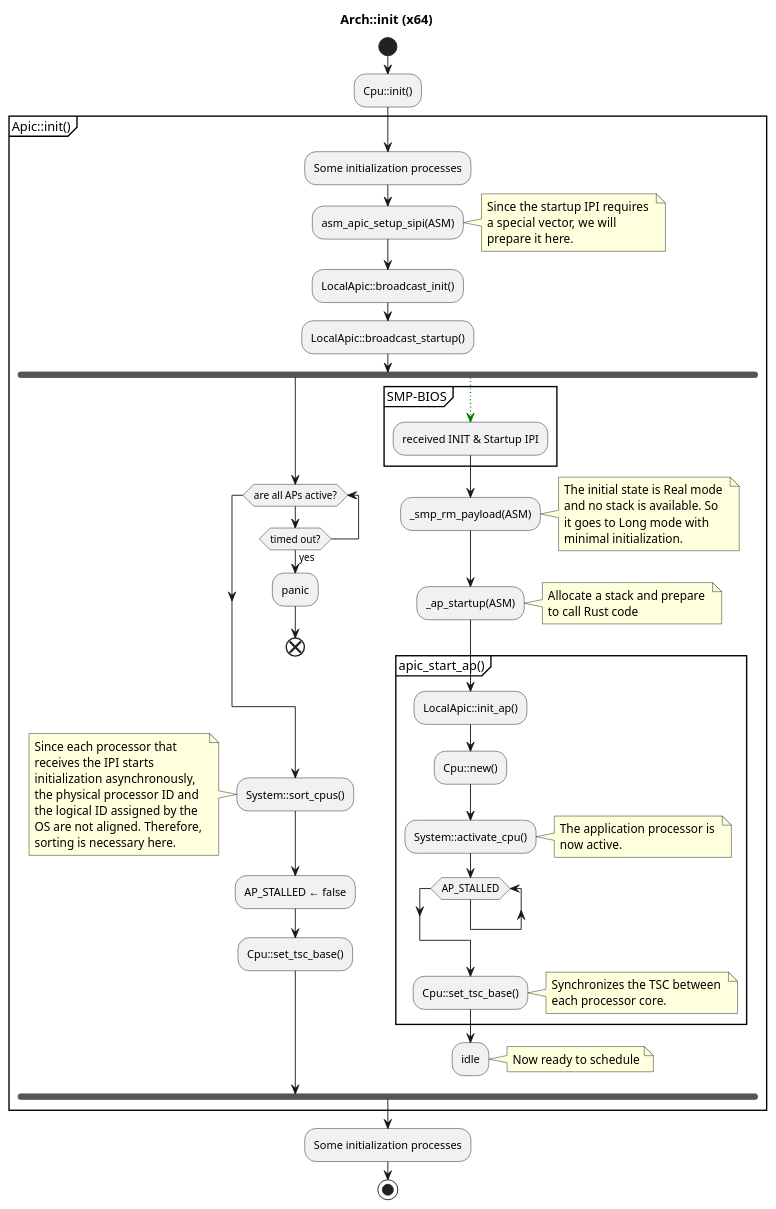
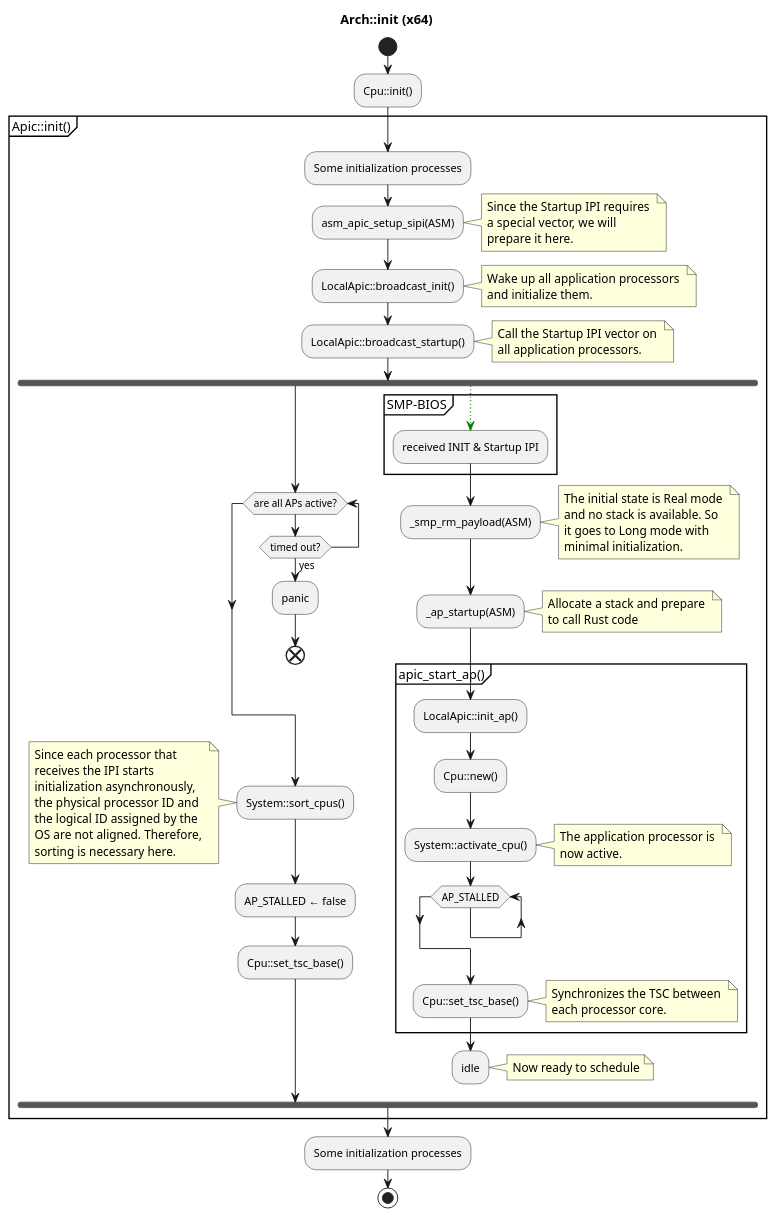
Before and after one commit to neri/maystorm: the third of 3 diagrams in ARCHITECTURE.md, drawn with PlantUML.

```diff
--- a/ARCHITECTURE.md
+++ b/ARCHITECTURE.md
@@ -85,12 +85,20 @@
     :Some initialization processes;
     :asm_apic_setup_sipi(ASM);
     note right
-Since the startup IPI requires 
+Since the Startup IPI requires 
 a special vector, we will 
 prepare it here.
     end note
     :LocalApic::broadcast_init();
+    note right
+Wake up all application processors 
+and initialize them.
+    end note
     :LocalApic::broadcast_startup();
+    note right
+Call the Startup IPI vector on 
+all application processors.
+    end note
     fork
         while (are all APs active?)
             if (timed out?) then (yes)
```
